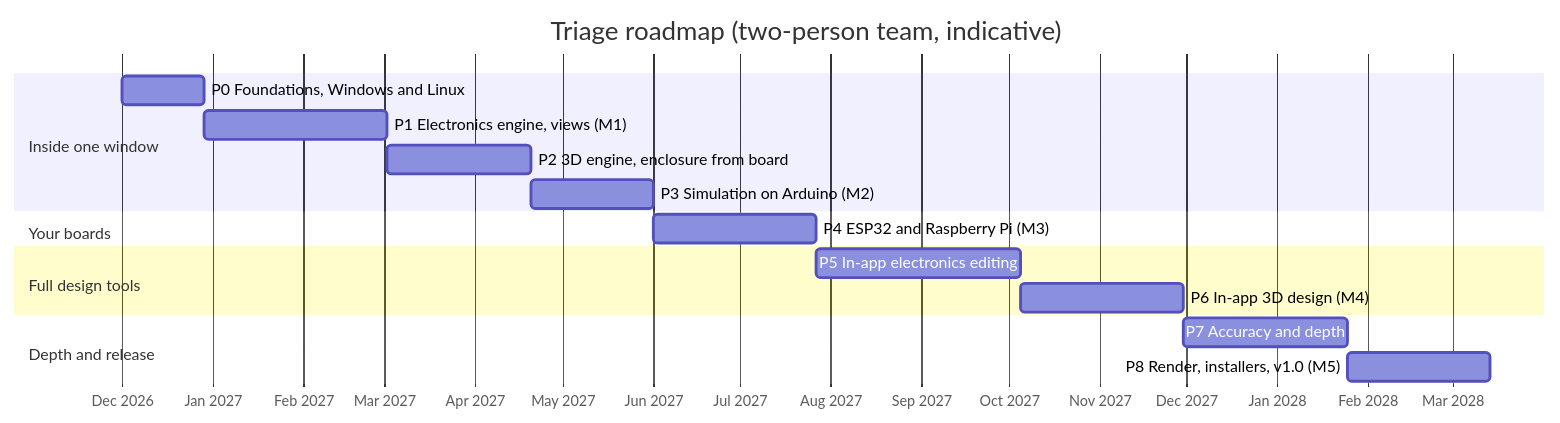
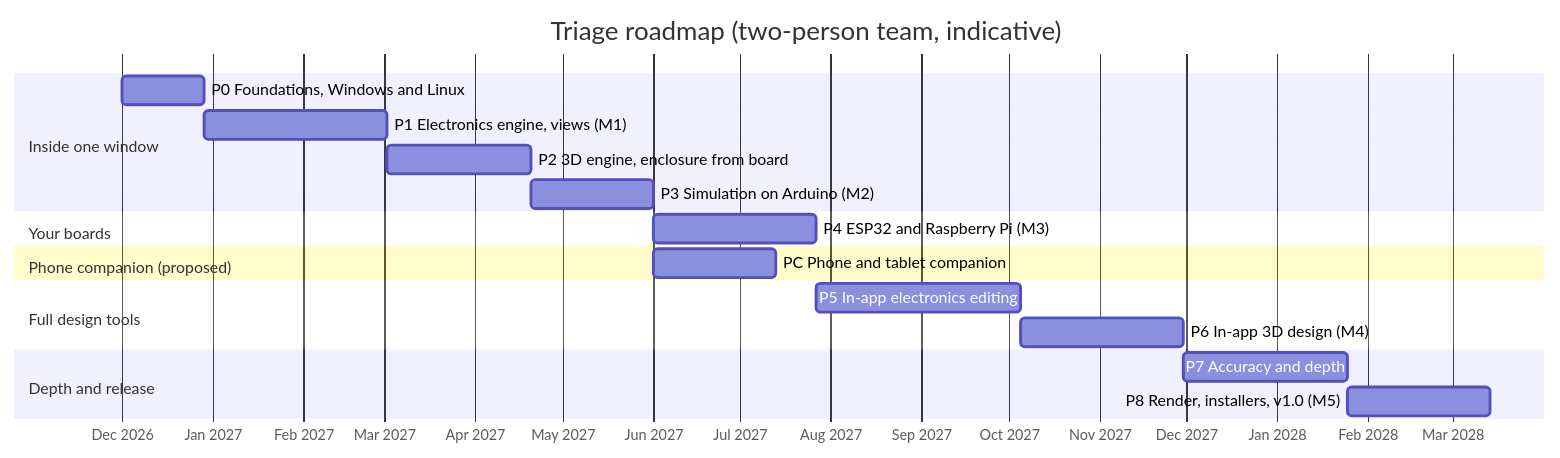
Before and after one commit to NoboIshraque/triage: the diagram in docs/ROADMAP.md, drawn with Mermaid. The commit also changed other lines of this file and 7 other files, not shown here.

First line of the commit message:
docs: plan a phone and tablet companion (proposed ADR 0005, phase PC, DV-20)

````diff
--- a/docs/ROADMAP.md
+++ b/docs/ROADMAP.md
@@ -15,19 +15,21 @@
 ```mermaid
 gantt
   title Triage roadmap (two-person team, indicative)
   dateFormat YYYY-MM-DD
   axisFormat %b %Y
   section Inside one window
   P0 Foundations, Windows and Linux   :p0, 2026-12-01, 4w
   P1 Electronics engine, views (M1)   :p1, after p0, 9w
   P2 3D engine, enclosure from board  :p2, after p1, 7w
   P3 Simulation on Arduino (M2)       :p3, after p2, 6w
   section Your boards
   P4 ESP32 and Raspberry Pi (M3)      :p4, after p3, 8w
+  section Phone companion (proposed)
+  PC Phone and tablet companion       :pc, after p3, 6w
   section Full design tools
   P5 In-app electronics editing       :p5, after p4, 10w
   P6 In-app 3D design (M4)            :p6, after p5, 8w
   section Depth and release
   P7 Accuracy and depth               :p7, after p6, 8w
   P8 Render, installers, v1.0 (M5)    :p8, after p7, 7w
 ```
````
